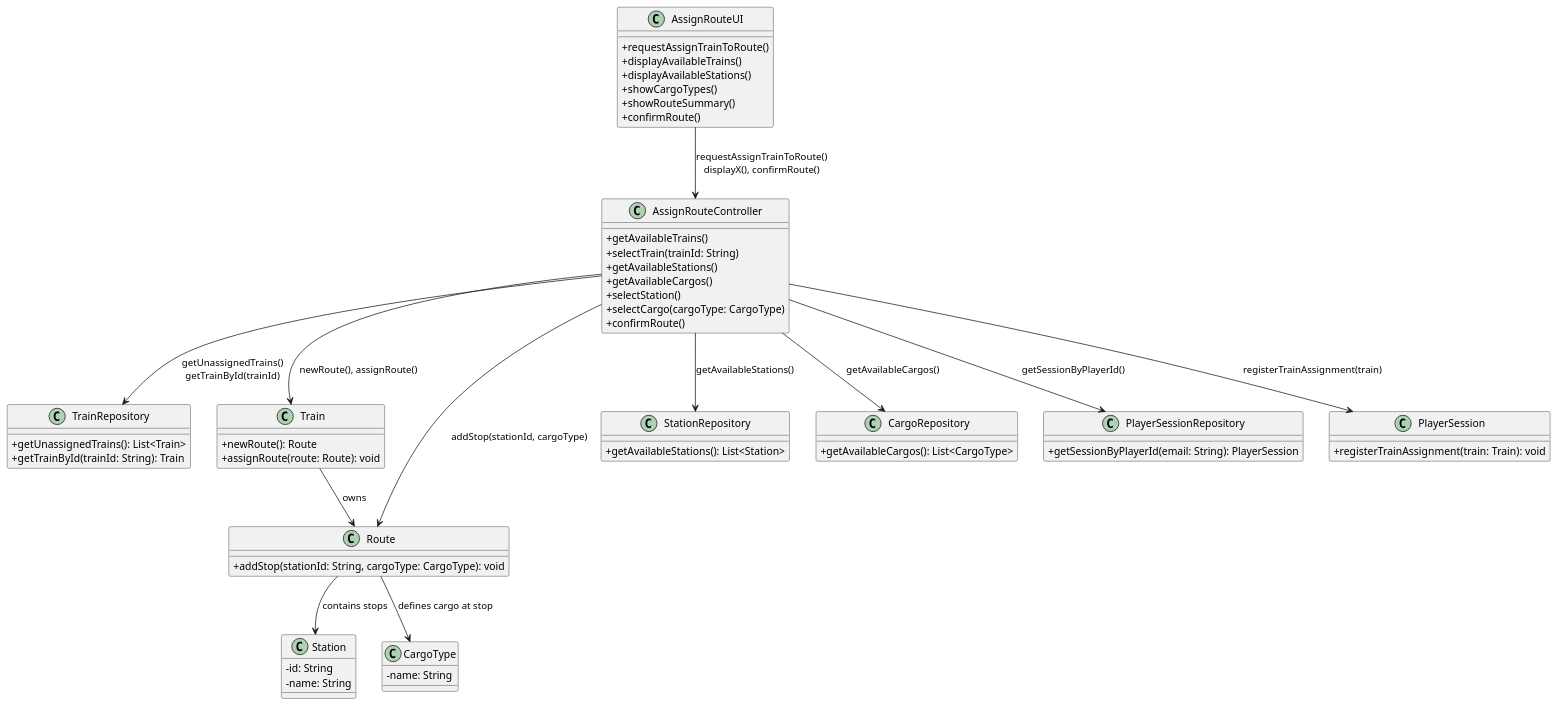
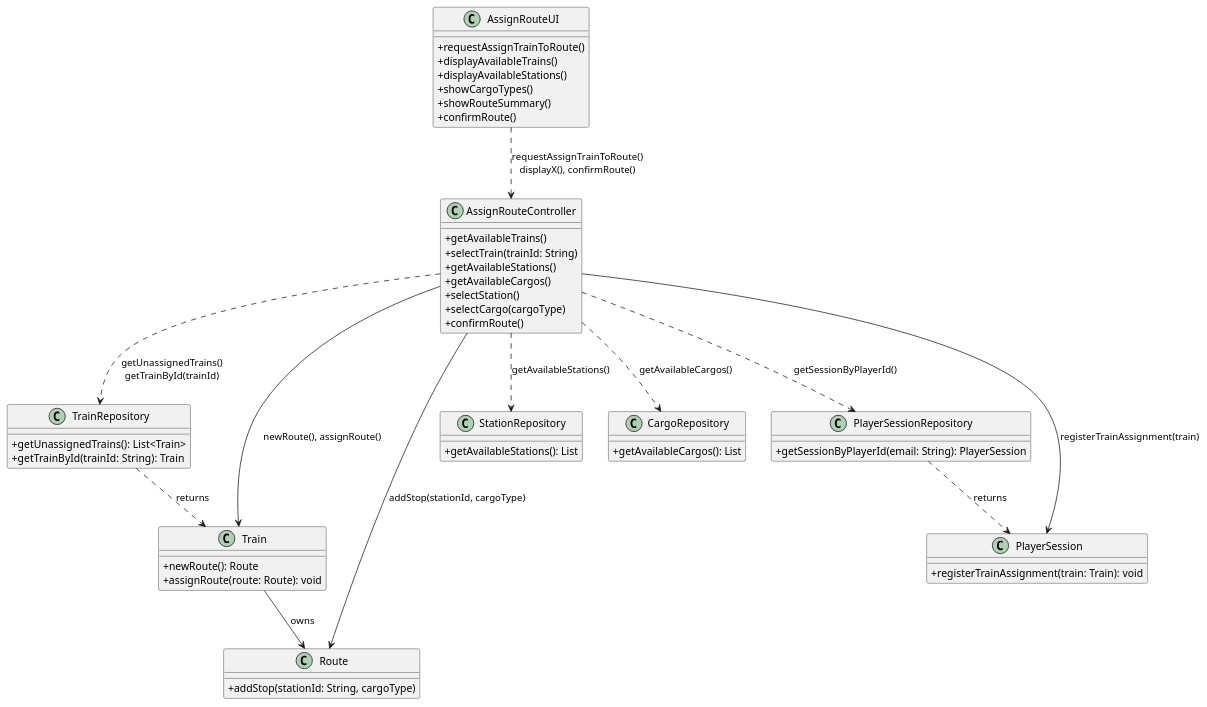
Before and after one commit to Andremonteiro1240850/railway_simulator: the diagram in docs/system-documentation/US10/03.design/puml/US010-CD.puml, drawn with PlantUML. The commit also changed 11 other files, not shown here.

```diff
--- a/docs/system-documentation/US10/03.design/puml/US010-CD.puml
+++ b/docs/system-documentation/US10/03.design/puml/US010-CD.puml
@@ -1,83 +1,69 @@
 @startuml
 skinparam classAttributeIconSize 0
-
-
-
 
 class AssignRouteUI {
   +requestAssignTrainToRoute()
   +displayAvailableTrains()
   +displayAvailableStations()
   +showCargoTypes()
   +showRouteSummary()
   +confirmRoute()
 }
 
 class AssignRouteController {
   +getAvailableTrains()
   +selectTrain(trainId: String)
   +getAvailableStations()
   +getAvailableCargos()
   +selectStation()
-  +selectCargo(cargoType: CargoType)
+  +selectCargo(cargoType)
   +confirmRoute()
 }
 
 class TrainRepository {
   +getUnassignedTrains(): List<Train>
   +getTrainById(trainId: String): Train
 }
 
 class Train {
   +newRoute(): Route
   +assignRoute(route: Route): void
 }
 
 class Route {
-  +addStop(stationId: String, cargoType: CargoType): void
+  +addStop(stationId: String, cargoType)
 }
 
 class StationRepository {
-  +getAvailableStations(): List<Station>
-}
-
-class Station {
-  -id: String
-  -name: String
+  +getAvailableStations(): List
 }
 
 class CargoRepository {
-  +getAvailableCargos(): List<CargoType>
-}
-
-class CargoType {
-  -name: String
+  +getAvailableCargos(): List
 }
 
 class PlayerSessionRepository {
   +getSessionByPlayerId(email: String): PlayerSession
 }
 
 class PlayerSession {
   +registerTrainAssignment(train: Train): void
 }
 
+AssignRouteUI ..> AssignRouteController : requestAssignTrainToRoute()\ndisplayX(), confirmRoute()
 
-
-AssignRouteUI --> AssignRouteController : requestAssignTrainToRoute()\ndisplayX(), confirmRoute()
-
-AssignRouteController --> TrainRepository : getUnassignedTrains()\ngetTrainById(trainId)
+AssignRouteController ..> TrainRepository : getUnassignedTrains()\ngetTrainById(trainId)
 AssignRouteController --> Train : newRoute(), assignRoute()
 AssignRouteController --> Route : addStop(stationId, cargoType)
-AssignRouteController --> StationRepository : getAvailableStations()
-AssignRouteController --> CargoRepository : getAvailableCargos()
-AssignRouteController --> PlayerSessionRepository : getSessionByPlayerId()
+AssignRouteController ..> StationRepository : getAvailableStations()
+AssignRouteController ..> CargoRepository : getAvailableCargos()
+AssignRouteController ..> PlayerSessionRepository : getSessionByPlayerId()
 AssignRouteController --> PlayerSession : registerTrainAssignment(train)
 
-' Relações entre objetos do domínio
+Train --> Route : owns
 
-Train --> Route : owns
-Route --> Station : contains stops
-Route --> CargoType : defines cargo at stop
+' === Correções aqui ===
+TrainRepository ..> Train : returns
+PlayerSessionRepository ..> PlayerSession : returns
 
 @enduml
```
